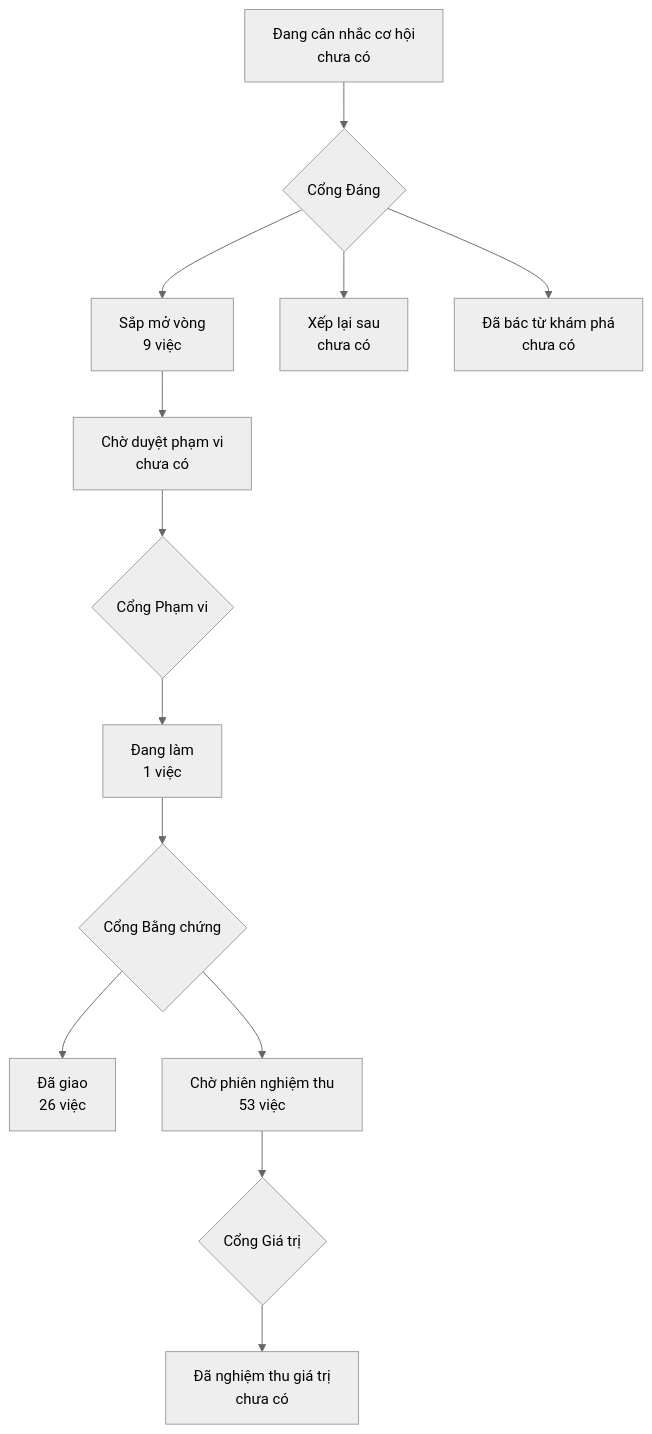
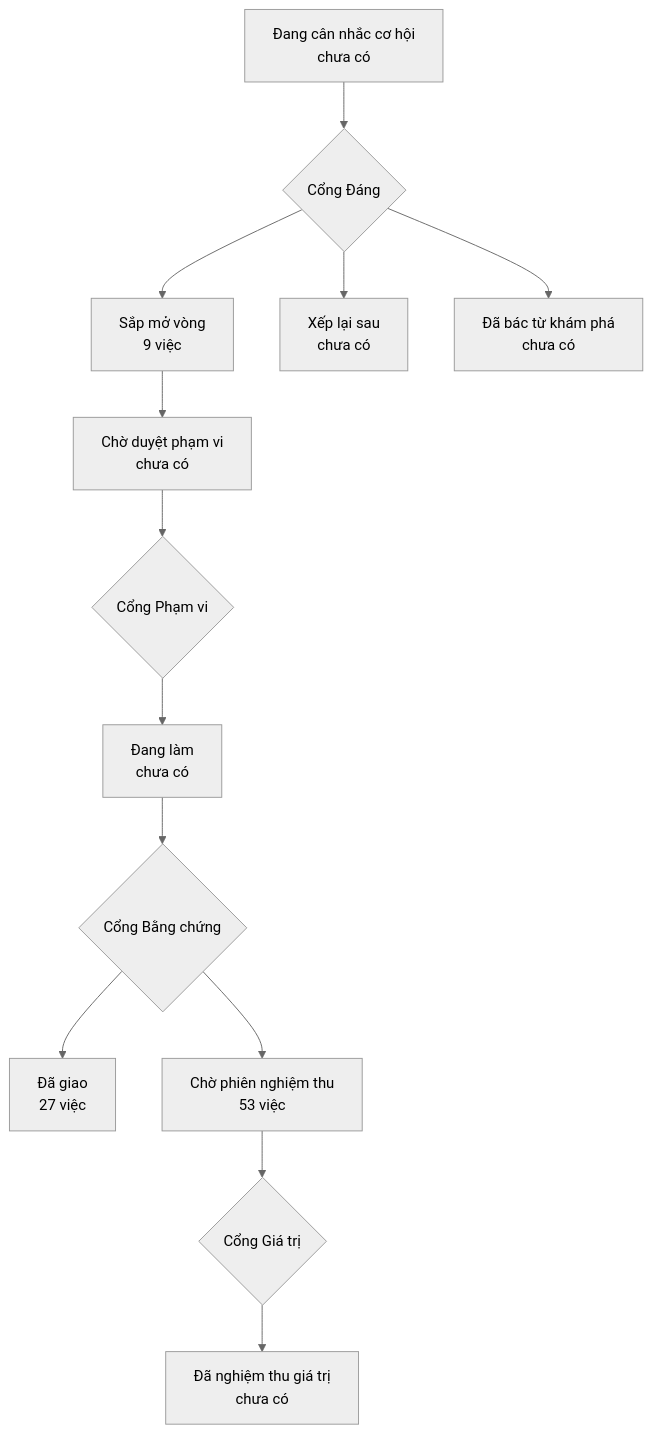
One commit to phanlemanh/onehub-inventory changed the diagram in PRODUCT-MAP.md. Above: the diagram before and after it, drawn with Mermaid (neutral theme). The commit also changed other lines of this file and 4 other files, not shown here.

````diff
--- a/PRODUCT-MAP.md
+++ b/PRODUCT-MAP.md
@@ -7,12 +7,12 @@
 ```mermaid
 flowchart TD
   A["Đang cân nhắc cơ hội<br/>chưa có"] --> GD{"Cổng Đáng"}
   GD --> B["Sắp mở vòng<br/>9 việc"]
   GD --> XL["Xếp lại sau<br/>chưa có"]
   GD --> DB["Đã bác từ khám phá<br/>chưa có"]
   B --> CD["Chờ duyệt phạm vi<br/>chưa có"] --> GP{"Cổng Phạm vi"}
-  GP --> DL["Đang làm<br/>1 việc"] --> GB{"Cổng Bằng chứng"}
-  GB --> DG["Đã giao<br/>26 việc"]
+  GP --> DL["Đang làm<br/>chưa có"] --> GB{"Cổng Bằng chứng"}
+  GB --> DG["Đã giao<br/>27 việc"]
   GB --> CN["Chờ phiên nghiệm thu<br/>53 việc"] --> GG{"Cổng Giá trị"}
   GG --> NT["Đã nghiệm thu giá trị<br/>chưa có"]
 ```
````
